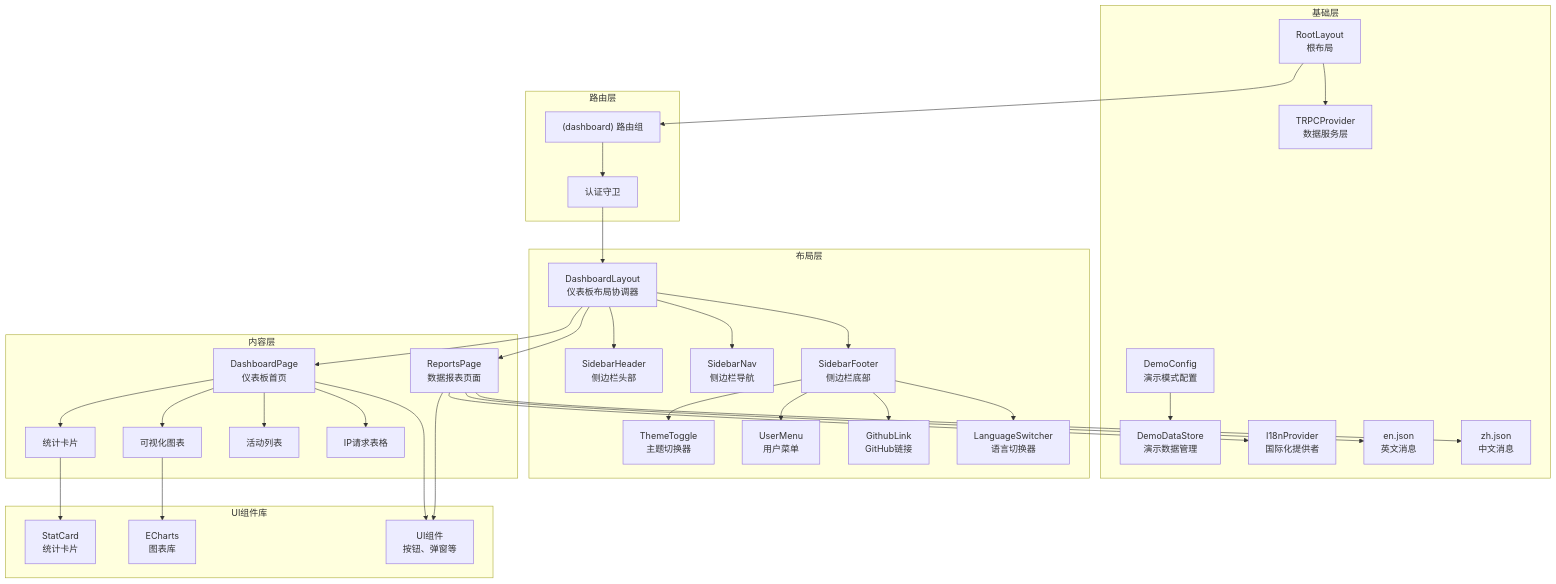
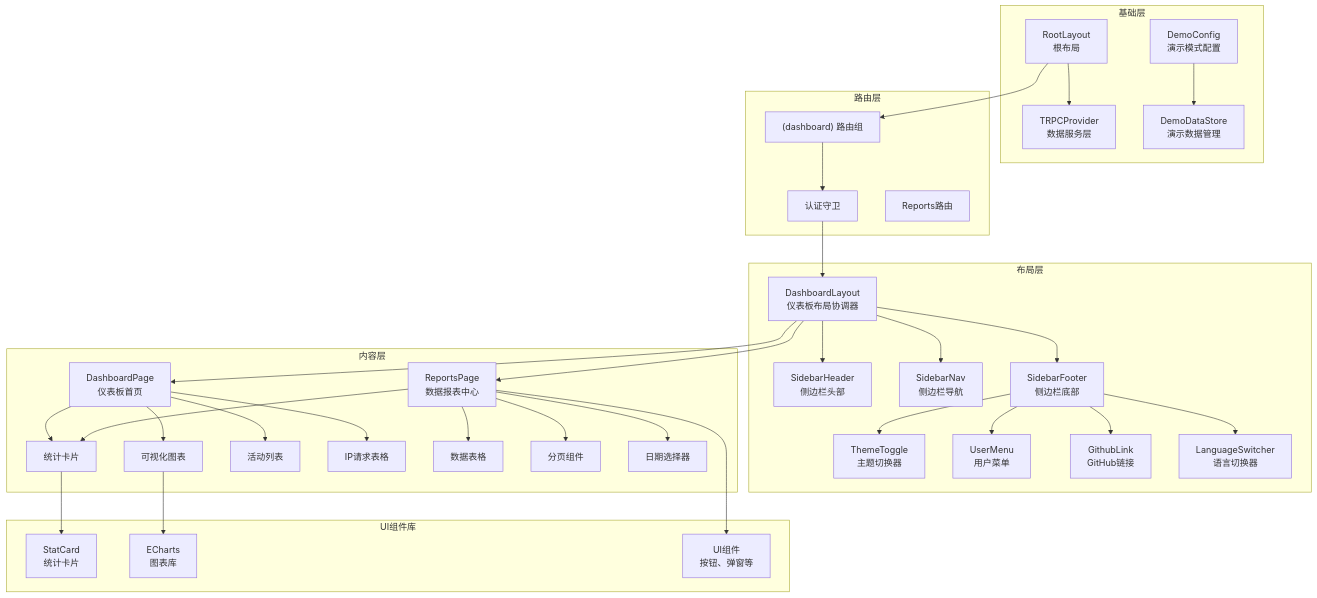
One commit to RadiumAg/AIGate changed the second of 20 diagrams in .qoder/repowiki/zh/content/前端组件/仪表板布局.md. Above: the diagram before and after it, drawn with Mermaid. The commit also changed other lines of this file and 21 other files, not shown here.

````diff
--- a/.qoder/repowiki/zh/content/前端组件/仪表板布局.md
+++ b/.qoder/repowiki/zh/content/前端组件/仪表板布局.md
@@ -195,64 +203,65 @@
 ```mermaid
 graph TD
 subgraph "基础层"
 RootLayout["RootLayout<br/>根布局"]
 TRPCProvider["TRPCProvider<br/>数据服务层"]
 DemoConfig["DemoConfig<br/>演示模式配置"]
 DemoData["DemoDataStore<br/>演示数据管理"]
-I18nProvider["I18nProvider<br/>国际化提供者"]
-EnMessages["en.json<br/>英文消息"]
-ZhMessages["zh.json<br/>中文消息"]
 end
 subgraph "路由层"
 DashboardRoute["(dashboard) 路由组"]
 AuthGuard["认证守卫"]
+ReportsRoute["Reports路由"]
 end
 subgraph "布局层"
 DashboardLayout["DashboardLayout<br/>仪表板布局协调器"]
 SidebarHeader["SidebarHeader<br/>侧边栏头部"]
 SidebarNav["SidebarNav<br/>侧边栏导航"]
 SidebarFooter["SidebarFooter<br/>侧边栏底部"]
 ThemeToggle["ThemeToggle<br/>主题切换器"]
 UserMenu["UserMenu<br/>用户菜单"]
 GithubLink["GithubLink<br/>GitHub链接"]
 LanguageSwitcher["LanguageSwitcher<br/>语言切换器"]
 end
 subgraph "内容层"
 DashboardPage["DashboardPage<br/>仪表板首页"]
-ReportsPage["ReportsPage<br/>数据报表页面"]
+ReportsPage["ReportsPage<br/>数据报表中心"]
 StatCards["统计卡片"]
 Charts["可视化图表"]
 ActivityFeed["活动列表"]
 IpTable["IP请求表格"]
+DataTable["数据表格"]
+Pagination["分页组件"]
+DatePicker["日期选择器"]
 end
 subgraph "UI组件库"
 StatCard["StatCard<br/>统计卡片"]
 ECharts["ECharts<br/>图表库"]
 UIComponents["UI组件<br/>按钮、弹窗等"]
 end
 RootLayout --> TRPCProvider
 RootLayout --> DashboardRoute
 DashboardRoute --> AuthGuard
 AuthGuard --> DashboardLayout
 DashboardLayout --> SidebarHeader
 DashboardLayout --> SidebarNav
 DashboardLayout --> SidebarFooter
 SidebarFooter --> ThemeToggle
 SidebarFooter --> UserMenu
 SidebarFooter --> GithubLink
 SidebarFooter --> LanguageSwitcher
 DashboardLayout --> DashboardPage
 DashboardLayout --> ReportsPage
 DashboardPage --> StatCards
 DashboardPage --> Charts
 DashboardPage --> ActivityFeed
 DashboardPage --> IpTable
-ReportsPage --> I18nProvider
-ReportsPage --> EnMessages
-ReportsPage --> ZhMessages
+ReportsPage --> StatCards
+ReportsPage --> DataTable
+ReportsPage --> Pagination
+ReportsPage --> DatePicker
 StatCards --> StatCard
 Charts --> ECharts
-DashboardPage --> UIComponents
 ReportsPage --> UIComponents
 DemoConfig --> DemoData
 ```
````
